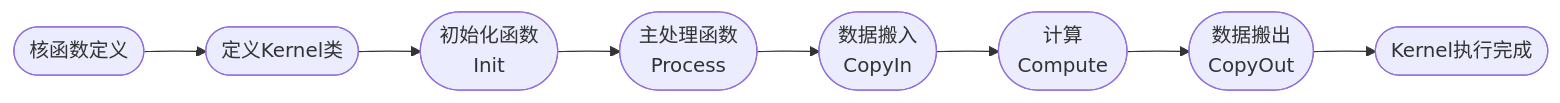
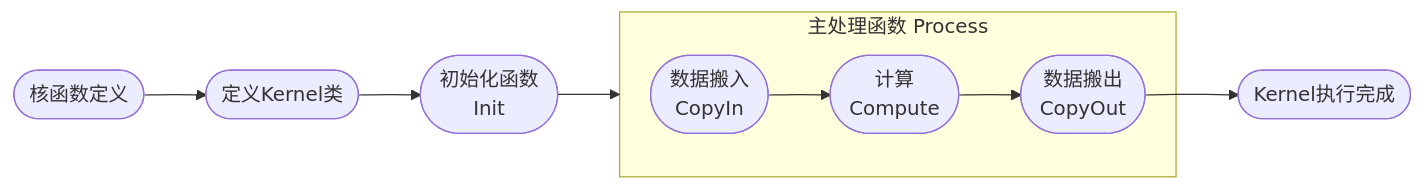
Before and after one commit to jbgztxdy/ops-nn: the diagram in docs/develop/aicore_develop_guide.md, drawn with Mermaid. The commit also changed other lines of this file and 4 other files, not shown here.

````diff
--- a/docs/develop/aicore_develop_guide.md
+++ b/docs/develop/aicore_develop_guide.md
@@ -364,10 +199,12 @@
 ```mermaid
 graph LR
-	H([核函数定义]) -->A([定义Kernel类])
-	A -->B([初始化函数<br>Init])
+    H([核函数定义]) --> A([定义Kernel类])
+    A --> B([初始化函数<br>Init])
     B --> C([主处理函数<br>Process])
-    C -->D([数据搬入<br>CopyIn])
-    D -->E([计算<br>Compute])
-    E -->F([数据搬出<br>CopyOut])
-    F -->G([Kernel执行完成])
+    
+    subgraph C [主处理函数 Process]
+        D([数据搬入<br>CopyIn]) --> E([计算<br>Compute]) --> F([数据搬出<br>CopyOut])
+    end
+    
+    F --> G([Kernel执行完成])
 ```
````
